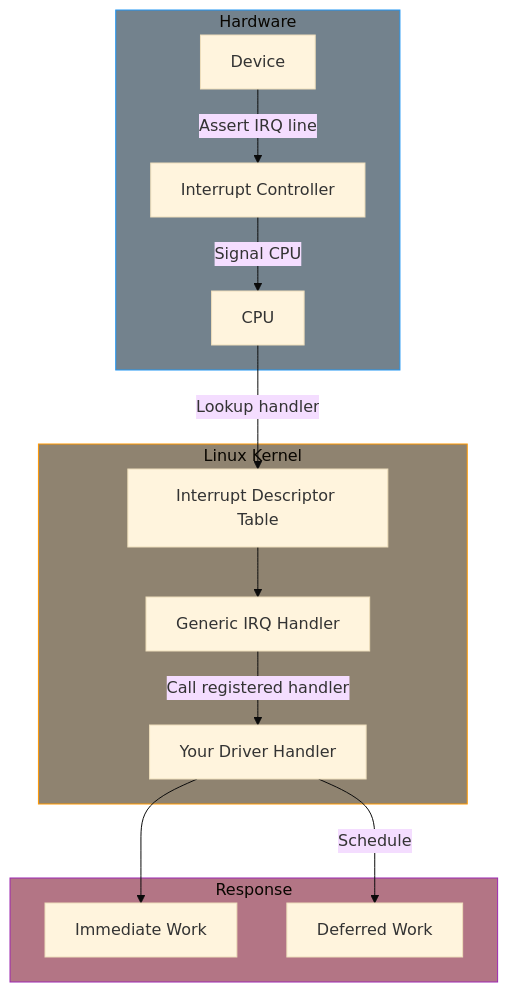
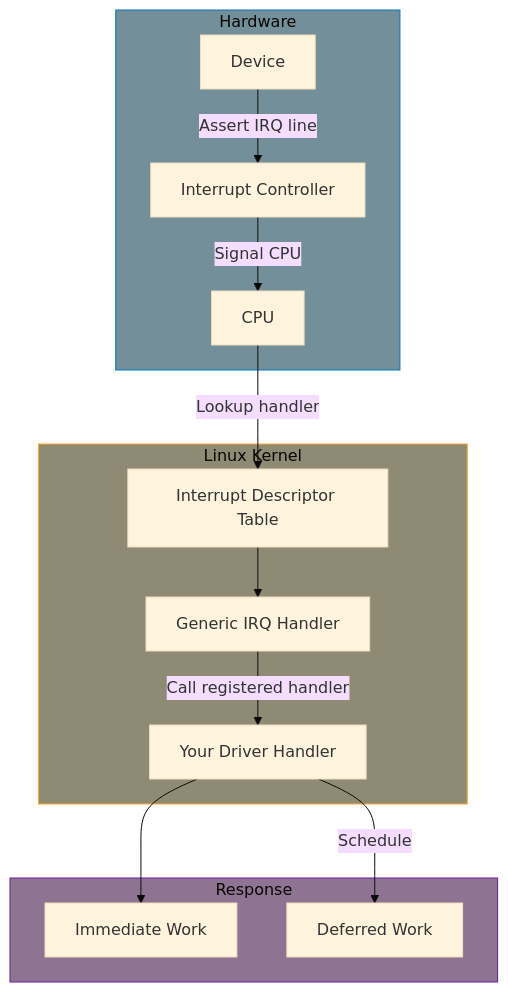
The first of 3 diagrams in part7/index.md (MichaelTien8901/linux-driver-guide-tutorial), drawn with Mermaid (base theme) before and after one commit. The commit also changed other lines of this file and 36 other files, not shown here.

Commit message:
Fix mermaid diagram colors to use consistent paper-like theme

````diff
--- a/part7/index.md
+++ b/part7/index.md
@@ -14,31 +14,31 @@
 ```mermaid
 flowchart TB
     subgraph Hardware
         DEV[Device]
         PIC[Interrupt Controller]
         CPU[CPU]
     end
 
     subgraph Kernel["Linux Kernel"]
         IDT[Interrupt Descriptor Table]
         GIH[Generic IRQ Handler]
         DRV[Your Driver Handler]
     end
 
     subgraph Response["Response"]
         IMM[Immediate Work]
         DEF[Deferred Work]
     end
 
     DEV -->|"Assert IRQ line"| PIC
     PIC -->|"Signal CPU"| CPU
     CPU -->|"Lookup handler"| IDT
     IDT --> GIH
     GIH -->|"Call registered handler"| DRV
     DRV --> IMM
     DRV -->|"Schedule"| DEF
 
-    style Hardware fill:#73828d,stroke:#2196f3
-    style Kernel fill:#8f8370,stroke:#ff9800
-    style Response fill:#B37585,stroke:#9c27b0
+    style Hardware fill:#738f99,stroke:#0277bd
+    style Kernel fill:#8f8a73,stroke:#f9a825
+    style Response fill:#8f7392,stroke:#6a1b9a
 ```
````
